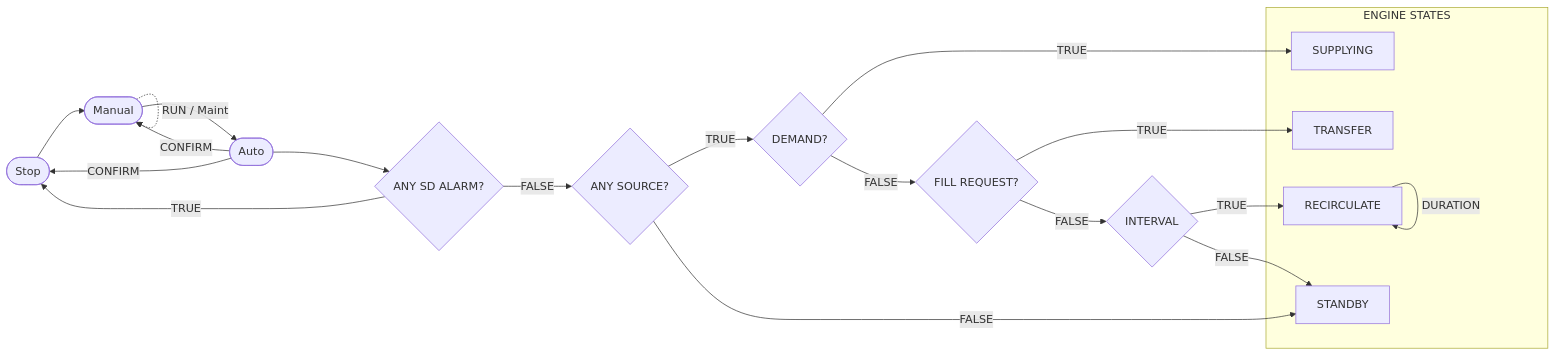
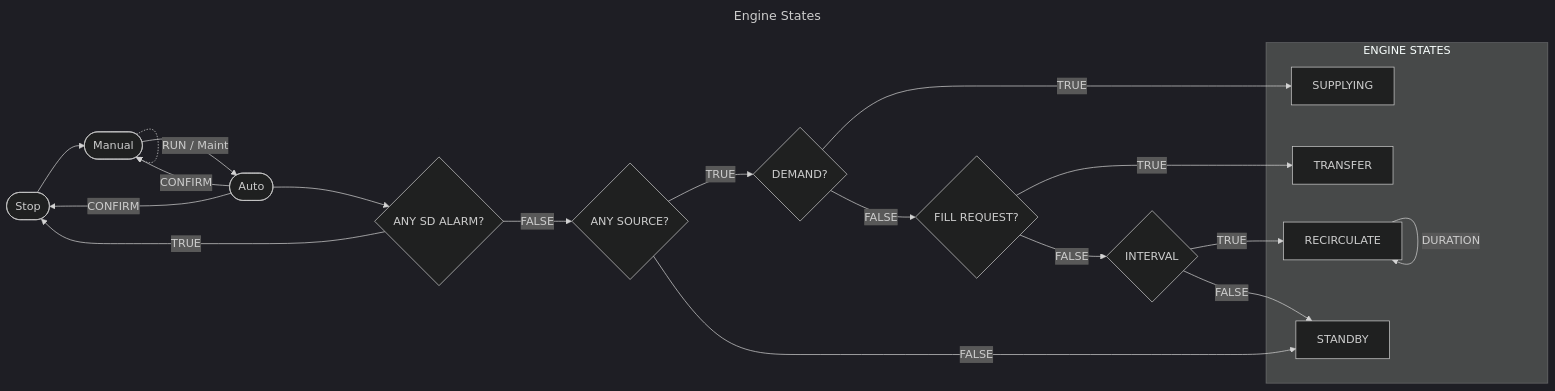
The diagram in ID1 Notes/Diagrams/Engine Flow.md (testbenchcc/markdown-notes), drawn with Mermaid before and after one commit. The commit also changed other lines of this file and 14 other files, not shown here.

````diff
--- a/ID1 Notes/Diagrams/Engine Flow.md
+++ b/ID1 Notes/Diagrams/Engine Flow.md
@@ -1,52 +3,58 @@
 ```mermaid
+---
+title: Engine States
+config:
+  theme: dark
+---
 flowchart LR
+
   %% Primary engine modes
   STOP([Stop])
   MAN([Manual])
   AUTO([Auto])
   SOURCE{ANY SOURCE?}
 
   DEMAND{DEMAND?}
   FILL{FILL REQUEST?}
   TRANSFER
   ANYSD{ANY SD ALARM?}
   INTERVAL{INTERVAL}
 
 
   subgraph "ENGINE STATES"
     TRANSFER
     RECIRCULATE
     SUPPLYING
     STANDBY
   end
 
 
   %% Allowed transitions (per your rundown)
   STOP --> MAN
   MAN -. RUN / Maint .-> MAN
   MAN --> AUTO
   AUTO -- CONFIRM --> MAN
   AUTO -- CONFIRM --> STOP
 
   %% Forbidden transitions (shown as comments for clarity)
   %% STOP -x-> AUTO   // not allowed
   %% MAN  -x-> STOP   // not allowed per spec you gave
 
 
   AUTO --> ANYSD -- FALSE --> SOURCE
   SOURCE -- TRUE --> DEMAND
   SOURCE -- FALSE --> STANDBY
 
   DEMAND -- TRUE --> SUPPLYING
   DEMAND -- FALSE --> FILL
   FILL -- TRUE --> TRANSFER
   FILL -- FALSE --> INTERVAL
 
 
   ANYSD -- TRUE --> STOP
 
 
   INTERVAL -- TRUE --> RECIRCULATE
   INTERVAL -- FALSE --> STANDBY  
   RECIRCULATE -- DURATION --> RECIRCULATE
 ```
````
